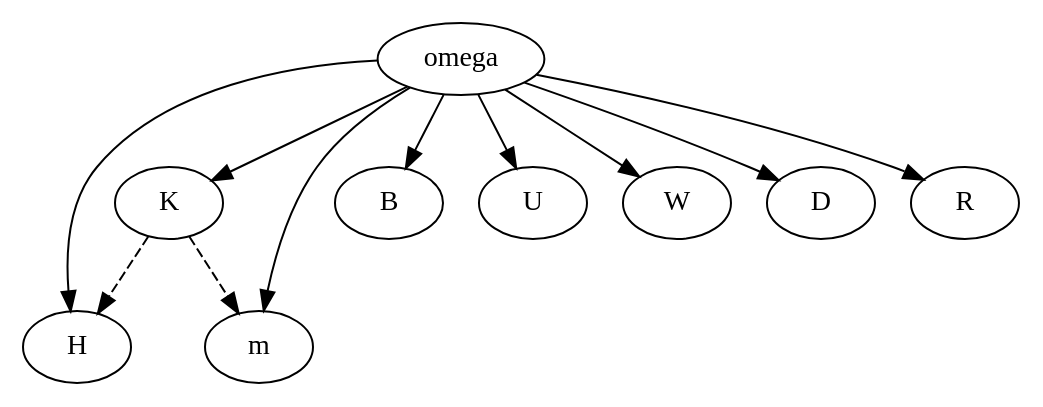
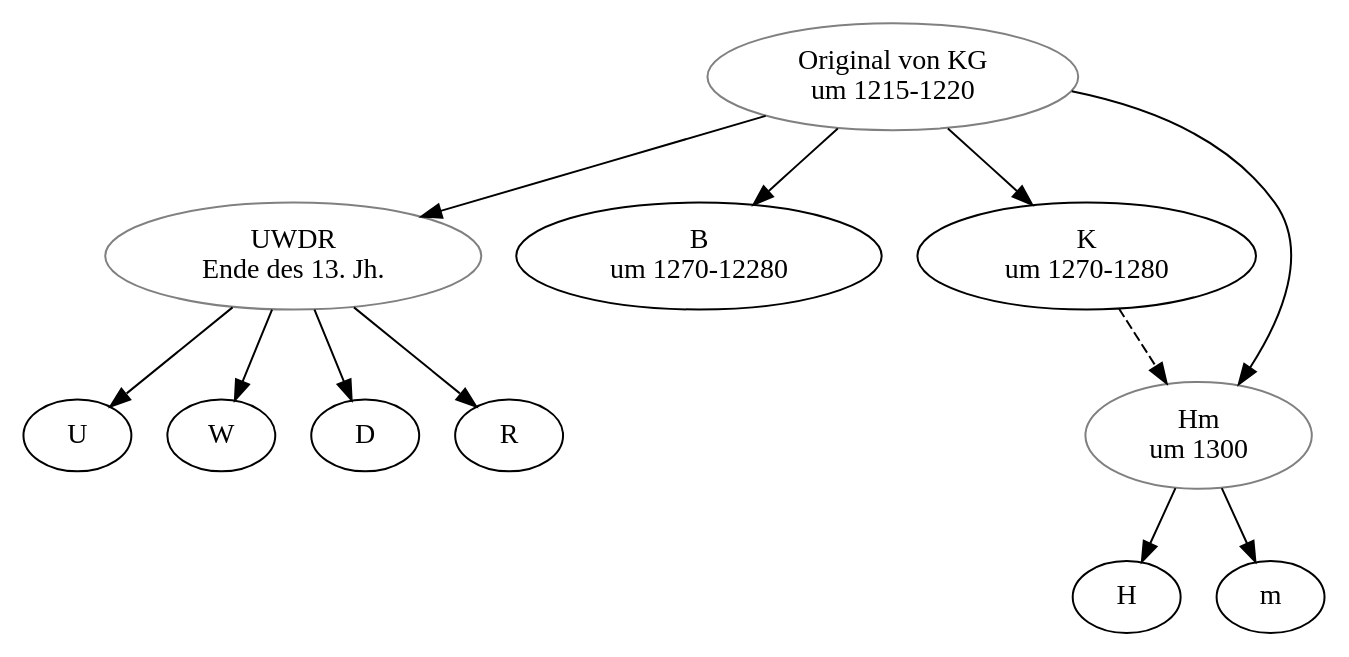
One commit to OpenStemmata/database changed the diagram in data/gmh/Helm_1986_Karlundgalie_a/stemma.gv. Above: the diagram before and after it, drawn with Graphviz. The commit also changed 8 other files, not shown here.

```diff
--- a/data/gmh/Helm_1986_Karlundgalie_a/stemma.gv
+++ b/data/gmh/Helm_1986_Karlundgalie_a/stemma.gv
@@ -1,16 +1,22 @@
 digraph {
 
-    # To refactor nodes, place the cursor left to a node name
-    omega -> H;
-    omega -> m;
+    omega[label="Original von KG\n um 1215-1220", color="grey"];
+    1[label="UWDR\nEnde des 13. Jh.", color="grey"];
+    B[label="B\num 1270-12280"];
+    K[label="K\num 1270-1280"];
+    2[color="grey", label="Hm\num 1300"];
+
+    omega->1;
+    1 -> U;
+    1 -> W;
+    1 -> D;
+    1 -> R;
+    omega -> B;
     omega -> K;
-    omega -> B;
-    omega -> U;
-    omega -> W;
-    omega -> D;
-    omega -> R;
-    K -> H [style="dashed"];
-    K -> m [style="dashed"];
-
+    omega -> 2;
+    2->H;
+    2->m;
+    
+    K -> 2 [style="dashed"];
 
 }
```
